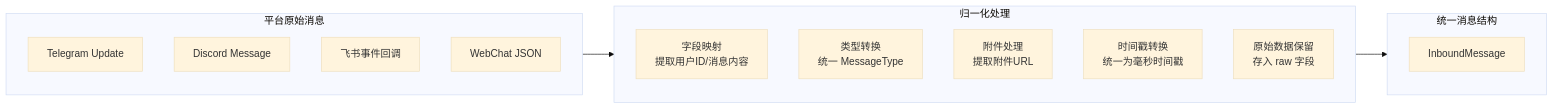
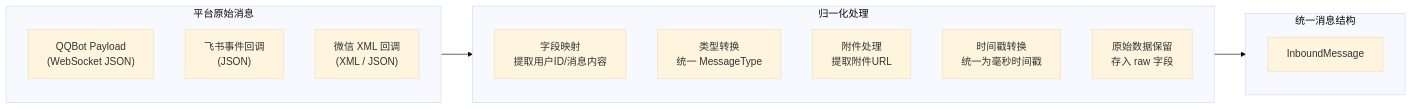
The second of 10 diagrams in docs/04-Channels渠道模块.md (jdd-ndd/My-open-claw), drawn with Mermaid (base theme) before and after one commit. The commit also changed other lines of this file and 1913 other files, not shown here.

````diff
--- a/docs/04-Channels渠道模块.md
+++ b/docs/04-Channels渠道模块.md
@@ -1516,24 +1266,23 @@
 ```mermaid
 flowchart LR
     subgraph Input["平台原始消息"]
-        T1["Telegram Update"]
-        D1["Discord Message"]
-        F1["飞书事件回调"]
-        W1["WebChat JSON"]
+        Q1["QQBot Payload<br/>(WebSocket JSON)"]
+        F1["飞书事件回调<br/>(JSON)"]
+        W1["微信 XML 回调<br/>(XML / JSON)"]
     end
     
     subgraph Normalize["归一化处理"]
         N1["字段映射<br/>提取用户ID/消息内容"]
         N2["类型转换<br/>统一 MessageType"]
         N3["附件处理<br/>提取附件URL"]
         N4["时间戳转换<br/>统一为毫秒时间戳"]
         N5["原始数据保留<br/>存入 raw 字段"]
     end
     
     subgraph Output["统一消息结构"]
         OUT["InboundMessage"]
     end
     
     Input --> Normalize
     Normalize --> Output
 ```
````
